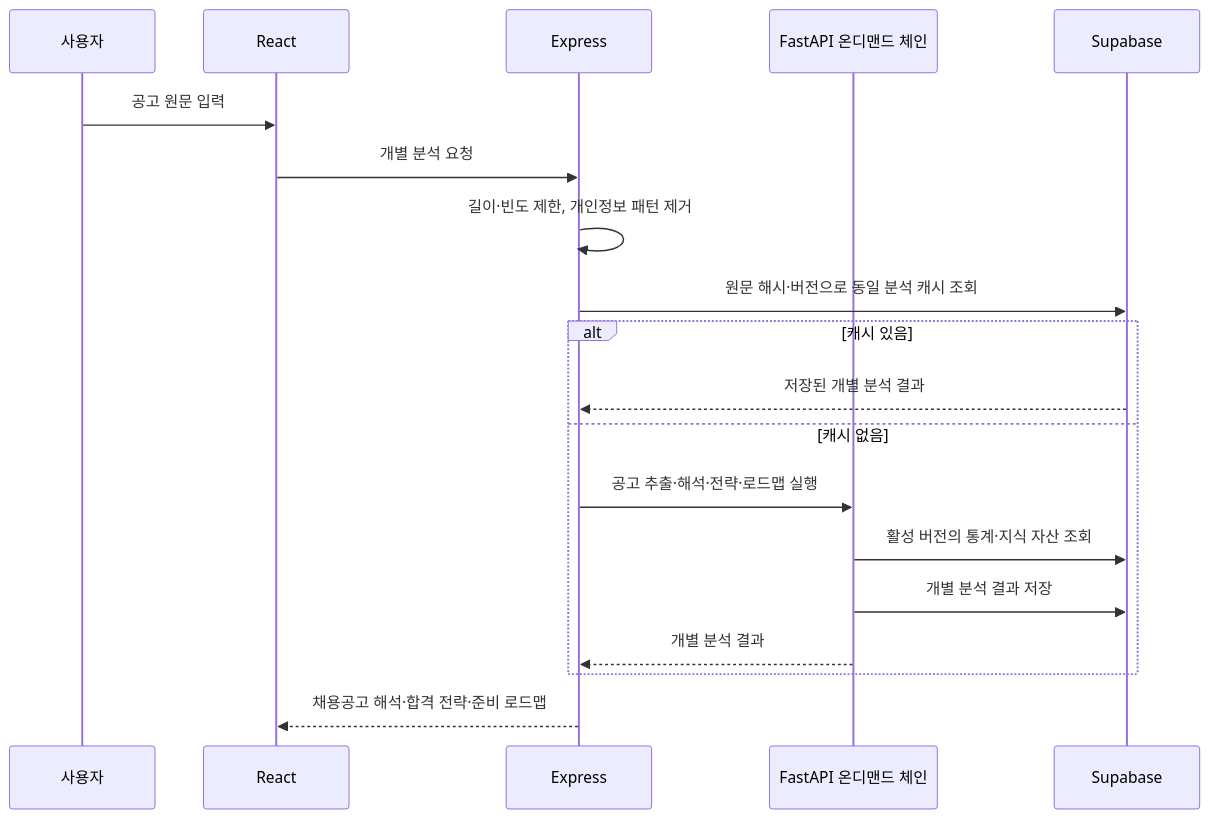
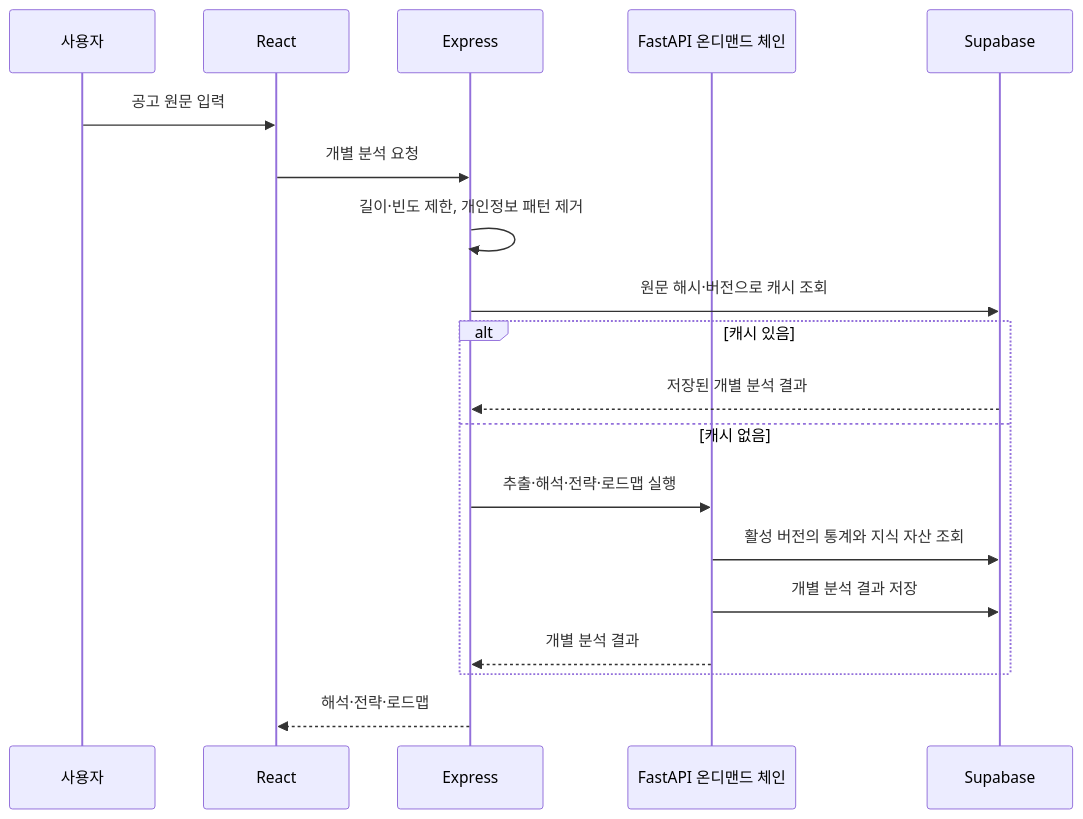
Before and after one commit to Mureung1/hub-showcase: the fifth of 5 diagrams in docs/architecture.md, drawn with Mermaid. The commit also changed other lines of this file and 16 other files, not shown here.

Commit message:
docs: define knowledge schema, statistics model, and execution layers

````diff
--- a/docs/architecture.md
+++ b/docs/architecture.md
@@ -320,22 +406,22 @@
 ```mermaid
 sequenceDiagram
     participant User as 사용자
     participant UI as React
     participant API as Express
     participant Agent as FastAPI 온디맨드 체인
     participant DB as Supabase
 
     User->>UI: 공고 원문 입력
     UI->>API: 개별 분석 요청
     API->>API: 길이·빈도 제한, 개인정보 패턴 제거
-    API->>DB: 원문 해시·버전으로 동일 분석 캐시 조회
+    API->>DB: 원문 해시·버전으로 캐시 조회
     alt 캐시 있음
         DB-->>API: 저장된 개별 분석 결과
     else 캐시 없음
-        API->>Agent: 공고 추출·해석·전략·로드맵 실행
-        Agent->>DB: 활성 버전의 통계·지식 자산 조회
+        API->>Agent: 추출·해석·전략·로드맵 실행
+        Agent->>DB: 활성 버전의 통계와 지식 자산 조회
         Agent->>DB: 개별 분석 결과 저장
         Agent-->>API: 개별 분석 결과
     end
-    API-->>UI: 채용공고 해석·합격 전략·준비 로드맵
+    API-->>UI: 해석·전략·로드맵
 ```
````
